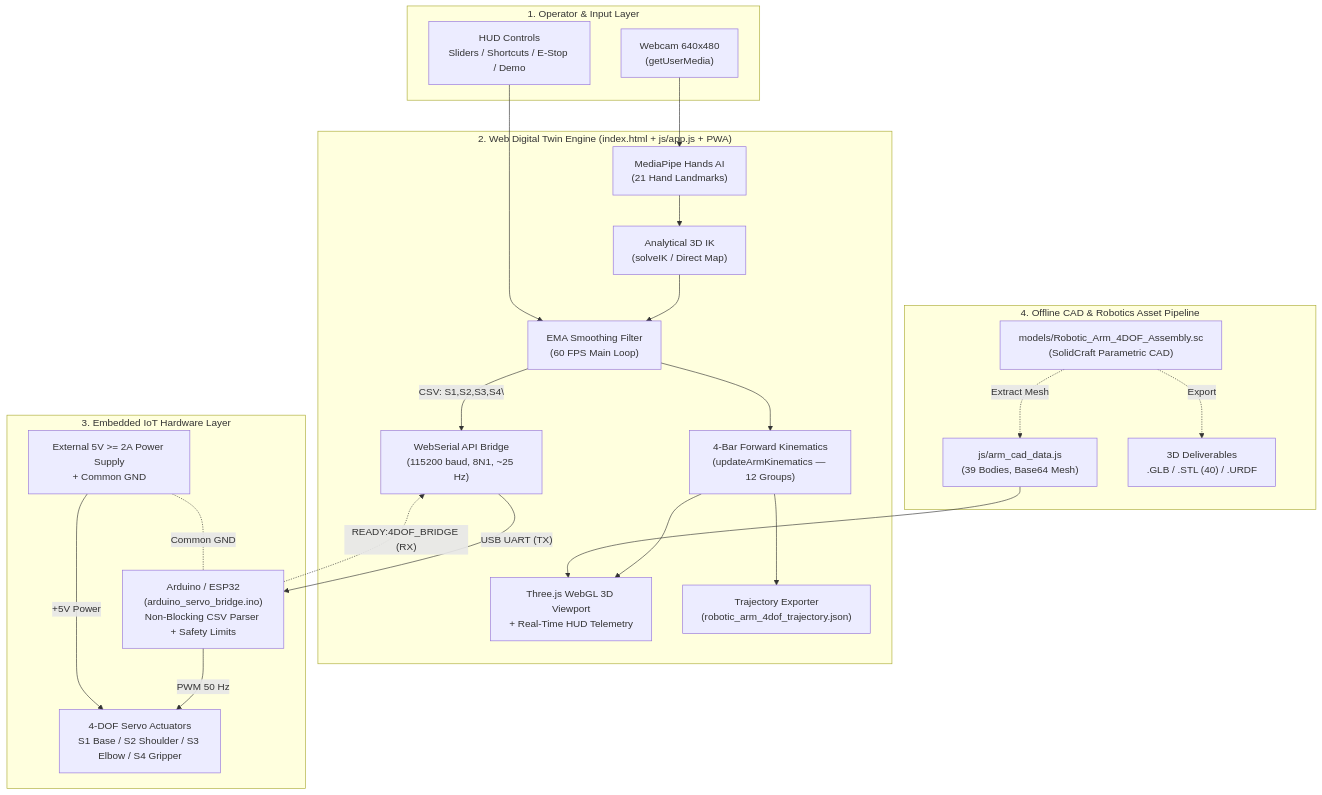
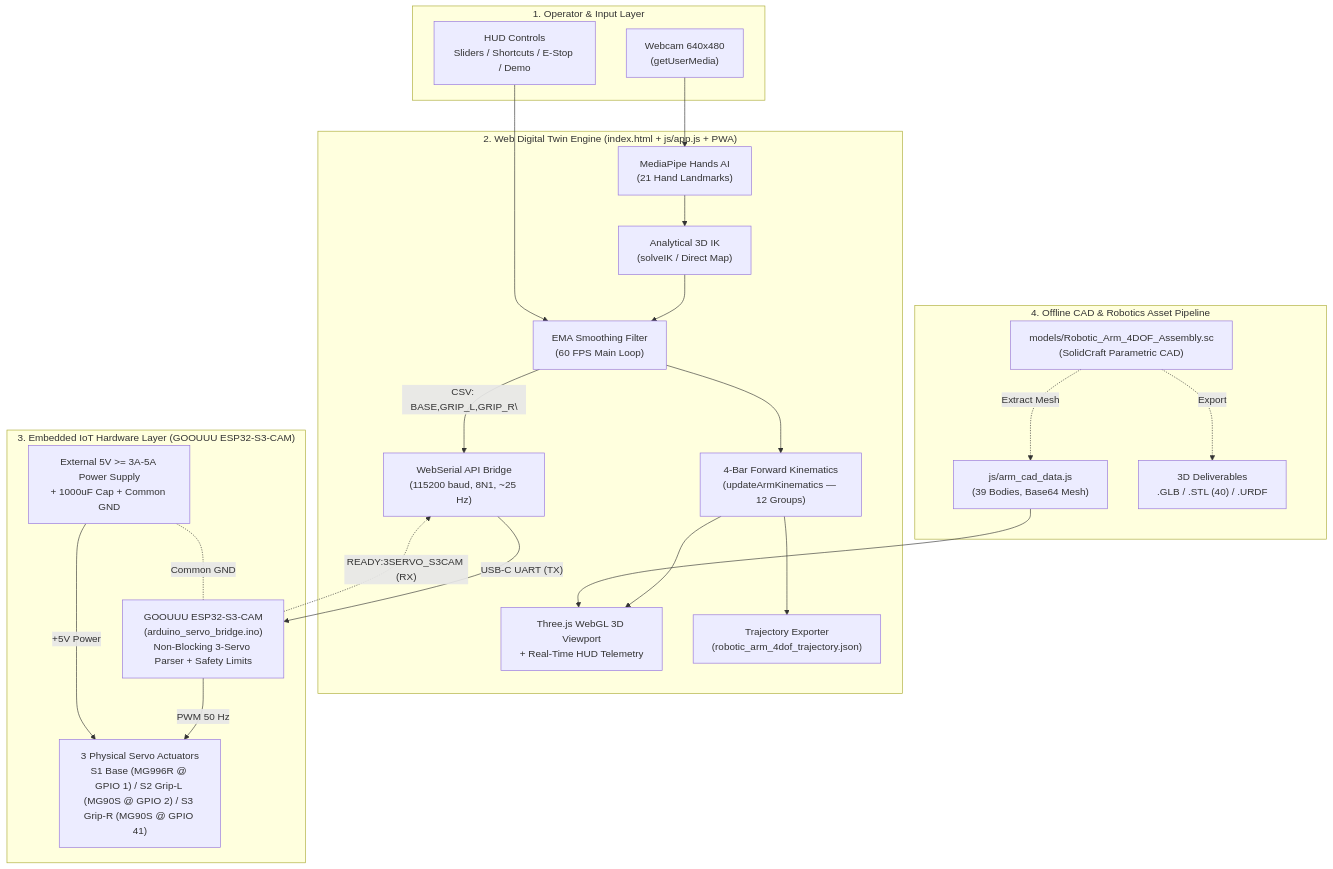
Before and after one commit to Pongsakorn-yarn/Group01_Project: the diagram in PROJECT_DOCUMENTATION.md, drawn with Mermaid. The commit also changed other lines of this file and 27 other files, not shown here.

Commit message:
feat: add web interface, arduino servo bridge firmware, and documentation

````diff
--- a/PROJECT_DOCUMENTATION.md
+++ b/PROJECT_DOCUMENTATION.md
@@ -89,43 +89,43 @@
 ```mermaid
 flowchart TB
     subgraph L1["1. Operator & Input Layer"]
         CAM["Webcam 640x480<br/>(getUserMedia)"]
         UI_IN["HUD Controls<br/>Sliders / Shortcuts / E-Stop / Demo"]
     end
 
     subgraph L2["2. Web Digital Twin Engine (index.html + js/app.js + PWA)"]
         MP["MediaPipe Hands AI<br/>(21 Hand Landmarks)"]
         IK["Analytical 3D IK<br/>(solveIK / Direct Map)"]
         EMA["EMA Smoothing Filter<br/>(60 FPS Main Loop)"]
         FK["4-Bar Forward Kinematics<br/>(updateArmKinematics — 12 Groups)"]
         RENDER["Three.js WebGL 3D Viewport<br/>+ Real-Time HUD Telemetry"]
         SERIAL["WebSerial API Bridge<br/>(115200 baud, 8N1, ~25 Hz)"]
         TRAJ["Trajectory Exporter<br/>(robotic_arm_4dof_trajectory.json)"]
     end
 
-    subgraph L3["3. Embedded IoT Hardware Layer"]
-        MCU["Arduino / ESP32<br/>(arduino_servo_bridge.ino)<br/>Non-Blocking CSV Parser + Safety Limits"]
-        SRV["4-DOF Servo Actuators<br/>S1 Base / S2 Shoulder / S3 Elbow / S4 Gripper"]
-        PSU["External 5V >= 2A Power Supply<br/>+ Common GND"]
+    subgraph L3["3. Embedded IoT Hardware Layer (GOOUUU ESP32-S3-CAM)"]
+        MCU["GOOUUU ESP32-S3-CAM<br/>(arduino_servo_bridge.ino)<br/>Non-Blocking 3-Servo Parser + Safety Limits"]
+        SRV["3 Physical Servo Actuators<br/>S1 Base (MG996R @ GPIO 1) / S2 Grip-L (MG90S @ GPIO 2) / S3 Grip-R (MG90S @ GPIO 41)"]
+        PSU["External 5V >= 3A-5A Power Supply<br/>+ 1000uF Cap + Common GND"]
     end
 
     subgraph L4["4. Offline CAD & Robotics Asset Pipeline"]
         CAD_SRC["models/Robotic_Arm_4DOF_Assembly.sc<br/>(SolidCraft Parametric CAD)"]
         CAD_JS["js/arm_cad_data.js<br/>(39 Bodies, Base64 Mesh)"]
         CAD_EXP["3D Deliverables<br/>.GLB / .STL (40) / .URDF"]
     end
 
     CAM --> MP --> IK --> EMA
     UI_IN --> EMA
     EMA --> FK --> RENDER
     FK --> TRAJ
-    EMA -- "CSV: S1,S2,S3,S4\\n" --> SERIAL
-    SERIAL -- "USB UART (TX)" --> MCU
-    MCU -. "READY:4DOF_BRIDGE (RX)" .-> SERIAL
+    EMA -- "CSV: BASE,GRIP_L,GRIP_R\\n" --> SERIAL
+    SERIAL -- "USB-C UART (TX)" --> MCU
+    MCU -. "READY:3SERVO_S3CAM (RX)" .-> SERIAL
     MCU -- "PWM 50 Hz" --> SRV
     PSU -- "+5V Power" --> SRV
     PSU -. "Common GND" .- MCU
 
     CAD_SRC -. "Extract Mesh" .-> CAD_JS --> RENDER
     CAD_SRC -. "Export" .-> CAD_EXP
 ```
````
